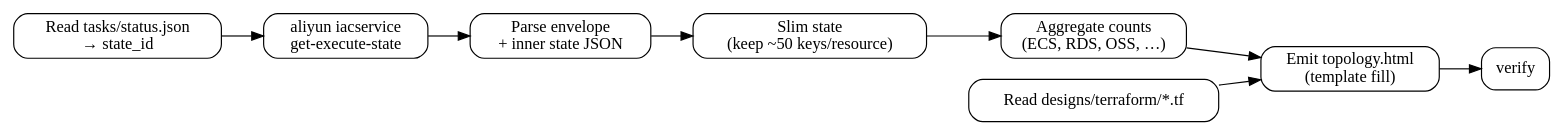
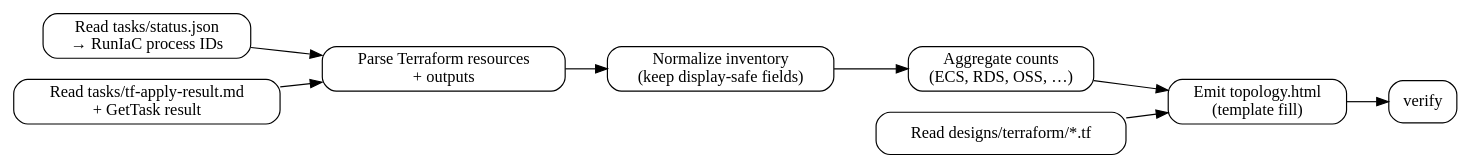
The diagram in plugins/alibabacloud-spec-ops/skills/alibabacloud-executing-plans/references/architecture-topology-html-guide.md (ChenHanZhang/alibabacloud-agent-toolkit), drawn with Graphviz before and after one commit. The commit also changed other lines of this file and 15 other files, not shown here.

Commit message:
feat(spec-ops): route terraform execution through RunIaC

````diff
--- a/plugins/alibabacloud-spec-ops/skills/alibabacloud-executing-plans/references/architecture-topology-html-guide.md
+++ b/plugins/alibabacloud-spec-ops/skills/alibabacloud-executing-plans/references/architecture-topology-html-guide.md
@@ -70,19 +76,19 @@
 ```dot
 digraph flow {
   rankdir=LR;
   node [shape=box, style=rounded];
 
-  read_status [label="Read tasks/status.json\n→ state_id"];
+  read_status [label="Read tasks/status.json\n→ RunIaC process IDs"];
   read_tf [label="Read designs/terraform/*.tf"];
-  call_iac [label="aliyun iacservice\nget-execute-state"];
-  parse [label="Parse envelope\n+ inner state JSON"];
-  slim [label="Slim state\n(keep ~50 keys/resource)"];
+  read_apply [label="Read tasks/tf-apply-result.md\n+ GetTask result"];
+  parse [label="Parse Terraform resources\n+ outputs"];
+  slim [label="Normalize inventory\n(keep display-safe fields)"];
   count [label="Aggregate counts\n(ECS, RDS, OSS, …)"];
   render [label="Emit topology.html\n(template fill)"];
 
-  read_status -> call_iac;
-  call_iac -> parse;
+  read_status -> parse;
+  read_apply -> parse;
   read_tf -> render;
   parse -> slim -> count -> render -> verify;
 }
 ```
````
